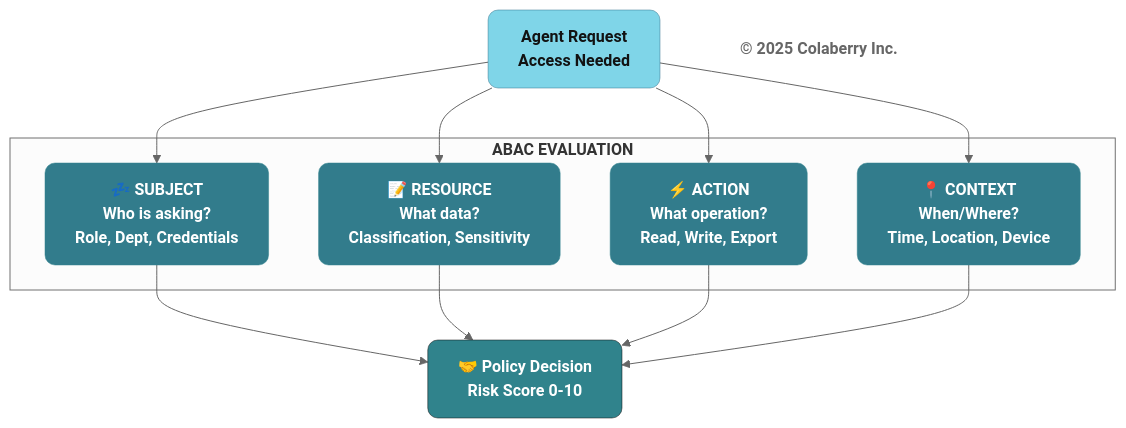
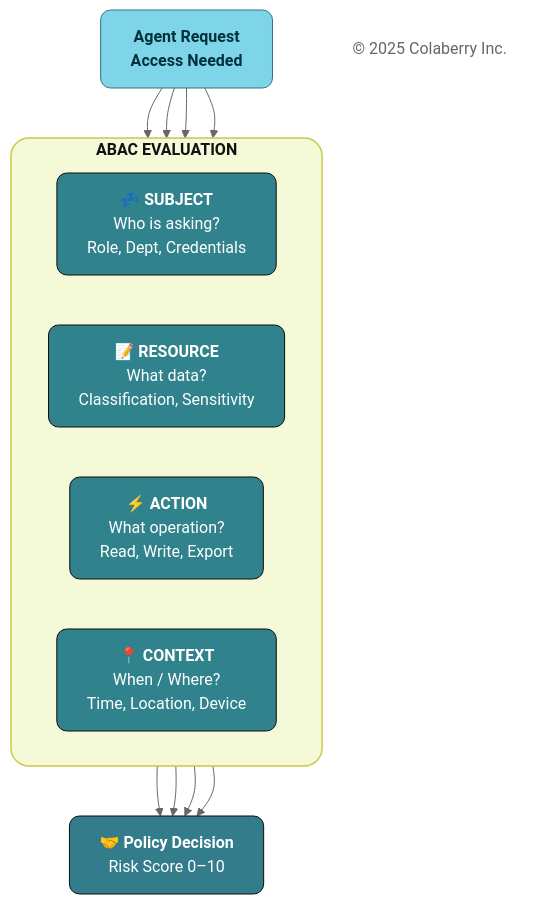
One commit to saitejesh-cyber/trust-before-intelligence-book changed the fifth of 14 diagrams in manuscript/07_chapter_6_transparency_orchestration_layers.md. Above: the diagram before and after it, drawn with Mermaid (neutral theme). The commit also changed other lines of this file and 12 other files, not shown here.

````diff
--- a/manuscript/07_chapter_6_transparency_orchestration_layers.md
+++ b/manuscript/07_chapter_6_transparency_orchestration_layers.md
@@ -418,32 +418,36 @@
 ```mermaid
 graph TB
     Query["<b>Agent Request</b><br/><b>Access Needed</b>"]
-    
-    subgraph "<b>ABAC EVALUATION</b>"
-        S["<b>💤 SUBJECT</b><br/><b>Who is asking?</b><br/><b>Role, Dept, Credentials</b>"]
-        R["<b>📝 RESOURCE</b><br/><b>What data?</b><br/><b>Classification, Sensitivity</b>"]
-        A["<b>⚡ ACTION</b><br/><b>What operation?</b><br/><b>Read, Write, Export</b>"]
-        C["<b>📍 CONTEXT</b><br/><b>When/Where?</b><br/><b>Time, Location, Device</b>"]
+
+    subgraph ABAC["<b>ABAC EVALUATION</b>"]
+        direction LR
+        S["<b>💤 SUBJECT</b><br/>Who is asking?<br/>Role, Dept, Credentials"]
+        R["<b>📝 RESOURCE</b><br/>What data?<br/>Classification, Sensitivity"]
+        A["<b>⚡ ACTION</b><br/>What operation?<br/>Read, Write, Export"]
+        C["<b>📍 CONTEXT</b><br/>When / Where?<br/>Time, Location, Device"]
     end
-    
-    Policy["<b>🤝 Policy Decision</b><br/><b>Risk Score 0-10</b>"]
-    
-    Copyright["<b>© 2025 Colaberry Inc.</b>"]
-    
+
+    Policy["<b>🤝 Policy Decision</b><br/>Risk Score 0–10"]
+    Copyright["© 2025 Colaberry Inc."]
+
     Query --> S
     Query --> R
     Query --> A
     Query --> C
     S --> Policy
     R --> Policy
     A --> Policy
     C --> Policy
-    
-    style Query fill:#7FD5E8,stroke:#32738C,stroke-width:0.5px,color:#121212,rx:10,ry:10
-    style S fill:#327C8C,stroke:#30838C,stroke-width:0.5px,color:#ffffff,rx:10,ry:10
-    style R fill:#327C8C,stroke:#30838C,stroke-width:0.5px,color:#ffffff,rx:10,ry:10
-    style A fill:#327C8C,stroke:#30838C,stroke-width:0.5px,color:#ffffff,rx:10,ry:10
-    style C fill:#327C8C,stroke:#30838C,stroke-width:0.5px,color:#ffffff,rx:10,ry:10
-    style Policy fill:#30838C,color:#ffffff,stroke:#0D0D0D,stroke-width:0.5px,rx:10,ry:10
+
+    style Query fill:#7FD5E8,stroke:#32738C,stroke-width:1px,color:#00323D,rx:10,ry:10
+
+    style S fill:#30838C,stroke:#0D0D0D,stroke-width:1px,color:#FFFFFF,rx:10,ry:10
+    style R fill:#30838C,stroke:#0D0D0D,stroke-width:1px,color:#FFFFFF,rx:10,ry:10
+    style A fill:#30838C,stroke:#0D0D0D,stroke-width:1px,color:#FFFFFF,rx:10,ry:10
+    style C fill:#30838C,stroke:#0D0D0D,stroke-width:1px,color:#FFFFFF,rx:10,ry:10
+
+    style ABAC fill:#F4F9D8,stroke:#C9C94A,stroke-width:1.5px,color:#121212,rx:18,ry:18
+
+    style Policy fill:#327C8C,stroke:#0D0D0D,stroke-width:1px,color:#FFFFFF,rx:10,ry:10
     style Copyright fill:none,stroke:none,color:#666666
 ```
````
